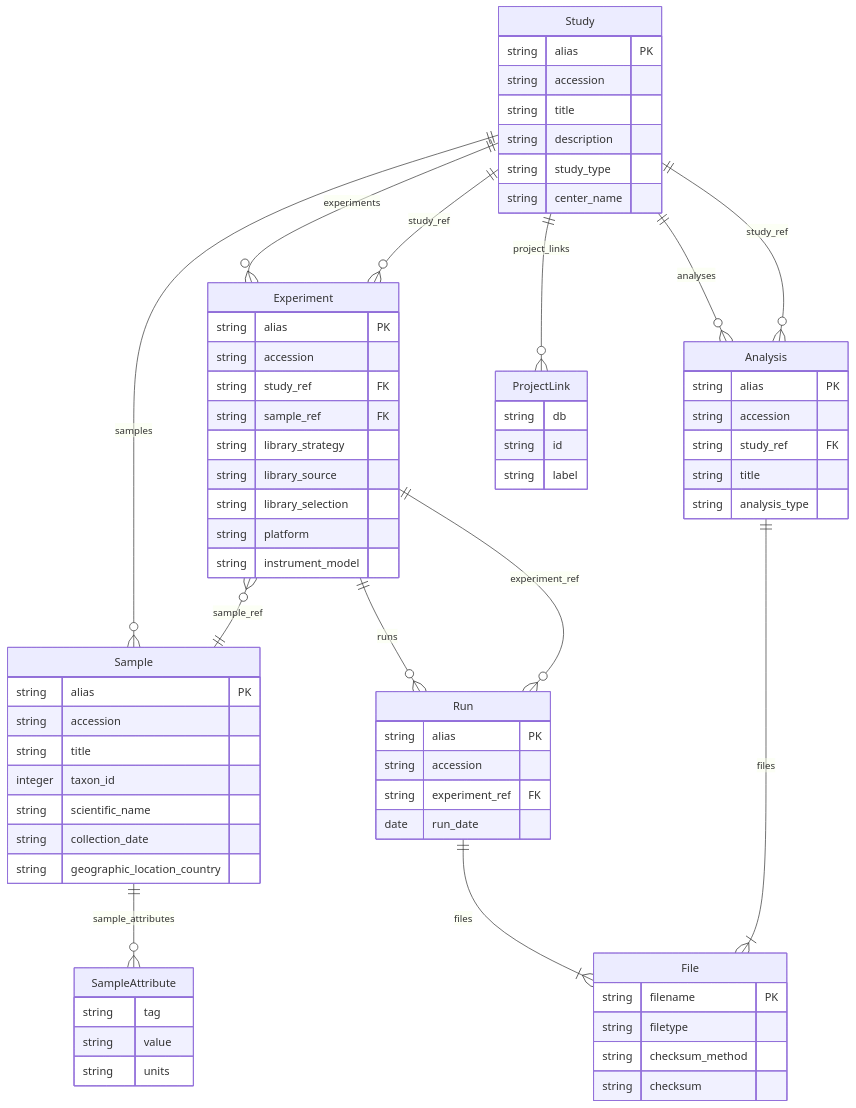
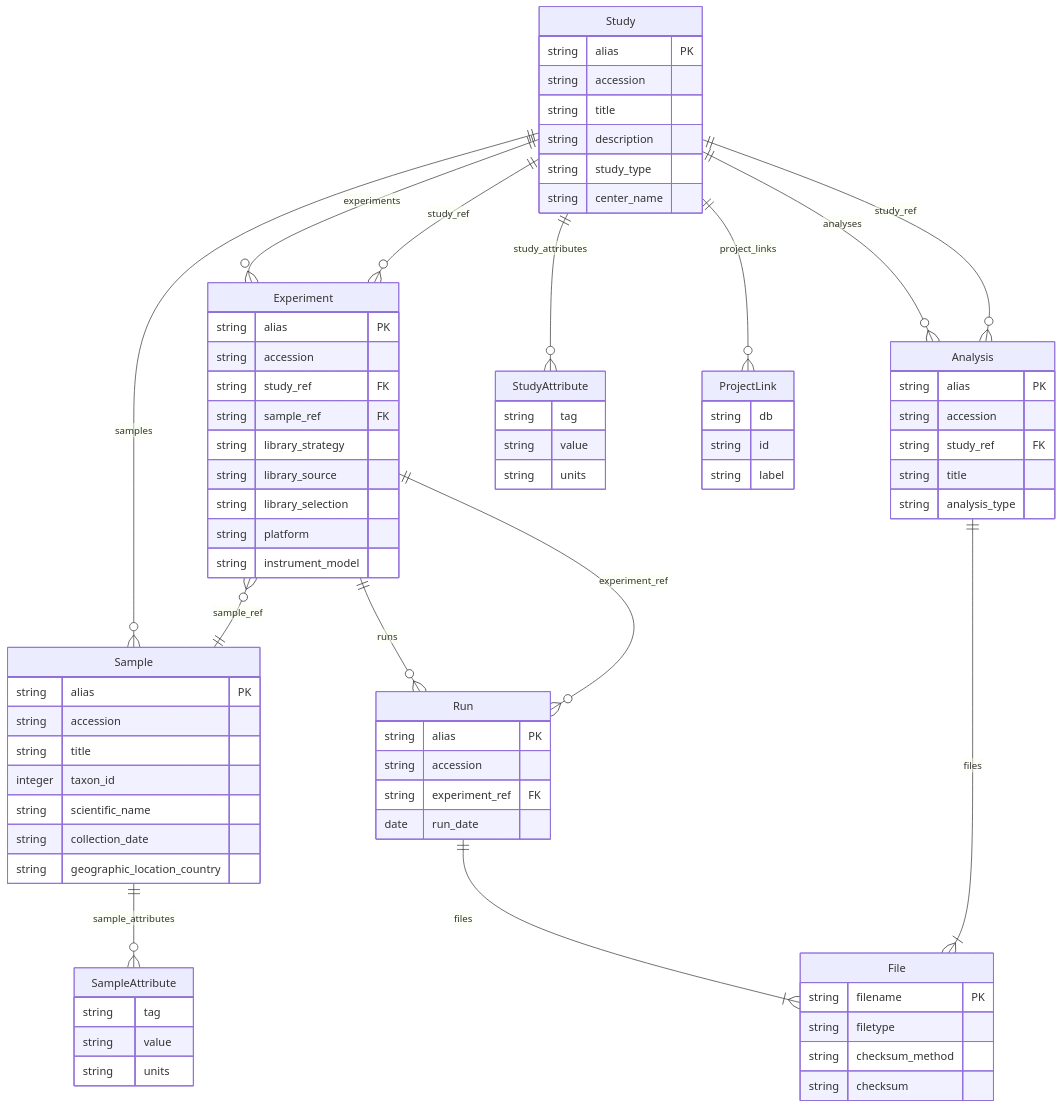
The second of 2 diagrams in docs/profiles/ena.md (sorenwacker/metaseed), drawn with Mermaid before and after one commit. The commit also changed other lines of this file and 14 other files, not shown here.

```diff
--- a/docs/profiles/ena.md
+++ b/docs/profiles/ena.md
@@ -184,6 +186,12 @@
         string checksum
     }
 
+    StudyAttribute {
+        string tag
+        string value
+        string units
+    }
+
     SampleAttribute {
         string tag
         string value
@@ -200,6 +208,7 @@
     Study ||--o{ Experiment : experiments
     Study ||--o{ Analysis : analyses
     Study ||--o{ ProjectLink : project_links
+    Study ||--o{ StudyAttribute : study_attributes
     Experiment ||--o{ Run : runs
     Experiment }o--|| Study : study_ref
     Experiment }o--|| Sample : sample_ref
```
